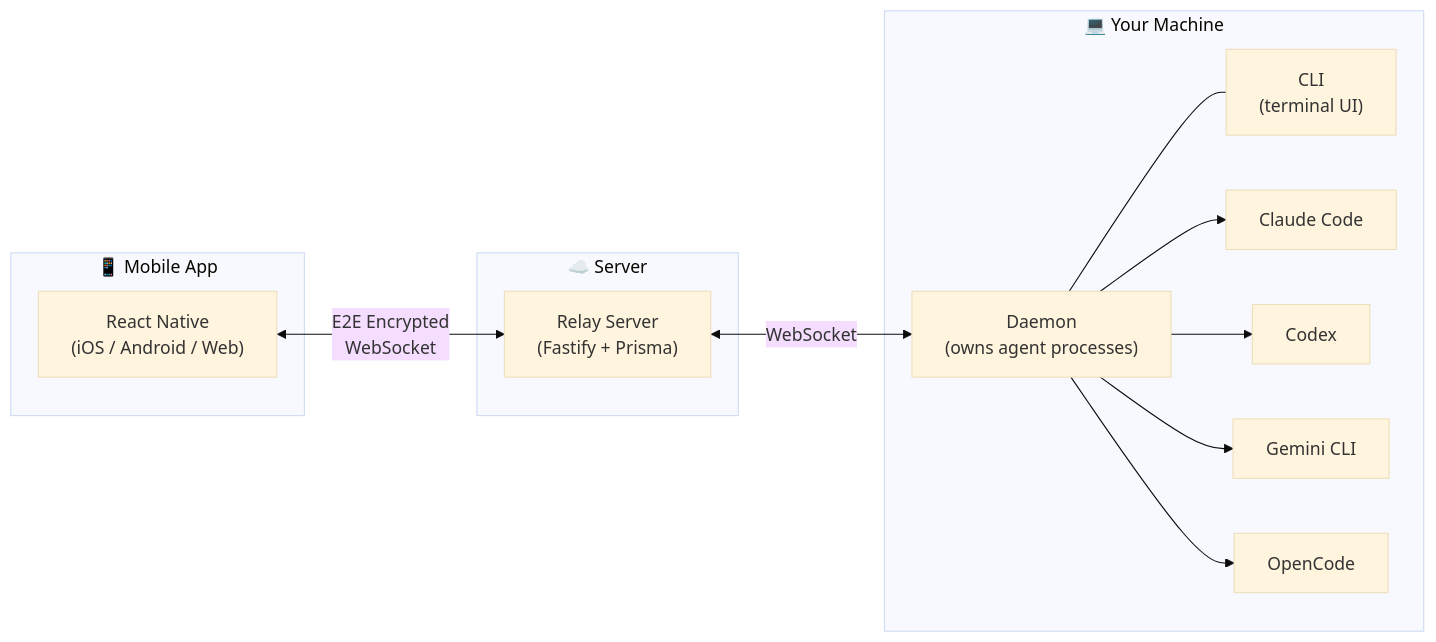
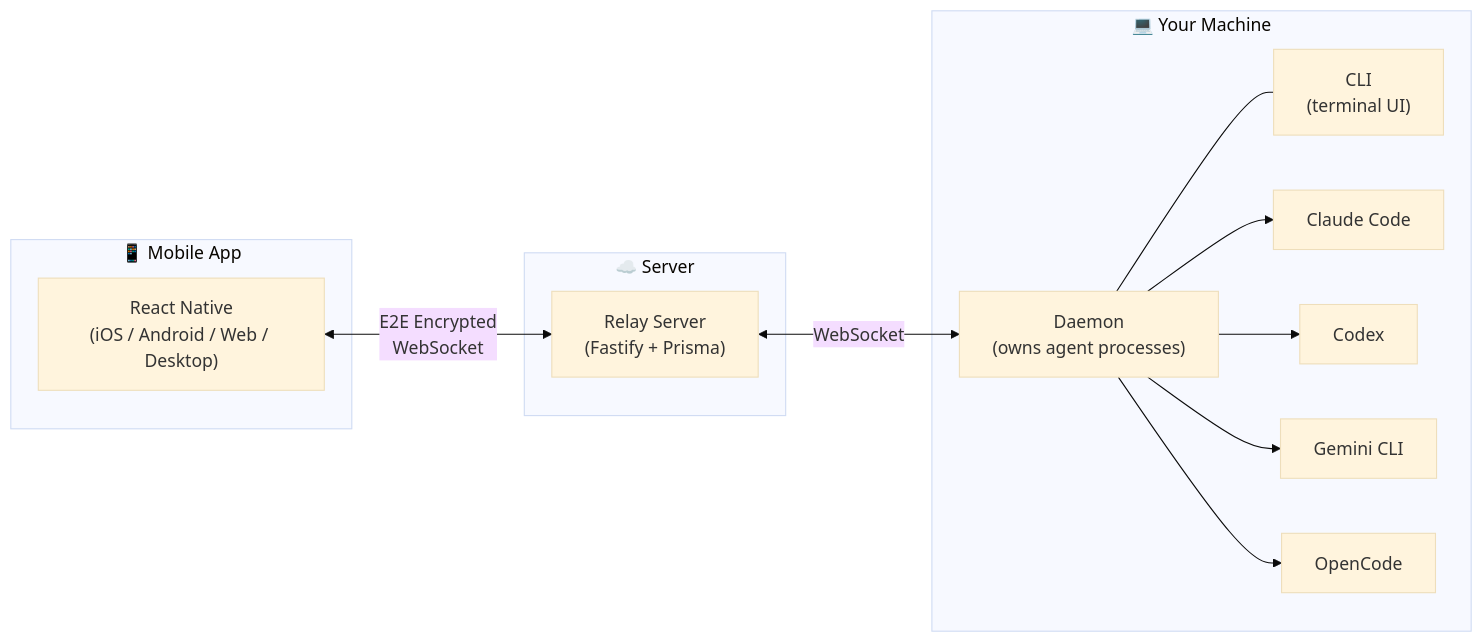
One commit to saaskit-dev/agentbridge changed the diagram in README.md. Above: the diagram before and after it, drawn with Mermaid (base theme). The commit also changed other lines of this file and 53 other files, not shown here.

Commit message:
Improve desktop dev flow and session UI

````diff
--- a/README.md
+++ b/README.md
@@ -41,23 +41,23 @@
 ```mermaid
 flowchart LR
     subgraph Phone["📱 Mobile App"]
-        App["React Native<br/>(iOS / Android / Web)"]
+        App["React Native<br/>(iOS / Android / Web / Desktop)"]
     end
 
     subgraph Cloud["☁️ Server"]
         Server["Relay Server<br/>(Fastify + Prisma)"]
     end
 
     subgraph Local["💻 Your Machine"]
         Daemon["Daemon<br/>(owns agent processes)"]
         CLI["CLI<br/>(terminal UI)"]
         Daemon --- CLI
         Daemon --> Claude["Claude Code"]
         Daemon --> Codex["Codex"]
         Daemon --> Gemini["Gemini CLI"]
         Daemon --> OpenCode["OpenCode"]
     end
 
     App <-->|"E2E Encrypted<br/>WebSocket"| Server
     Server <-->|"WebSocket"| Daemon
 ```
````
